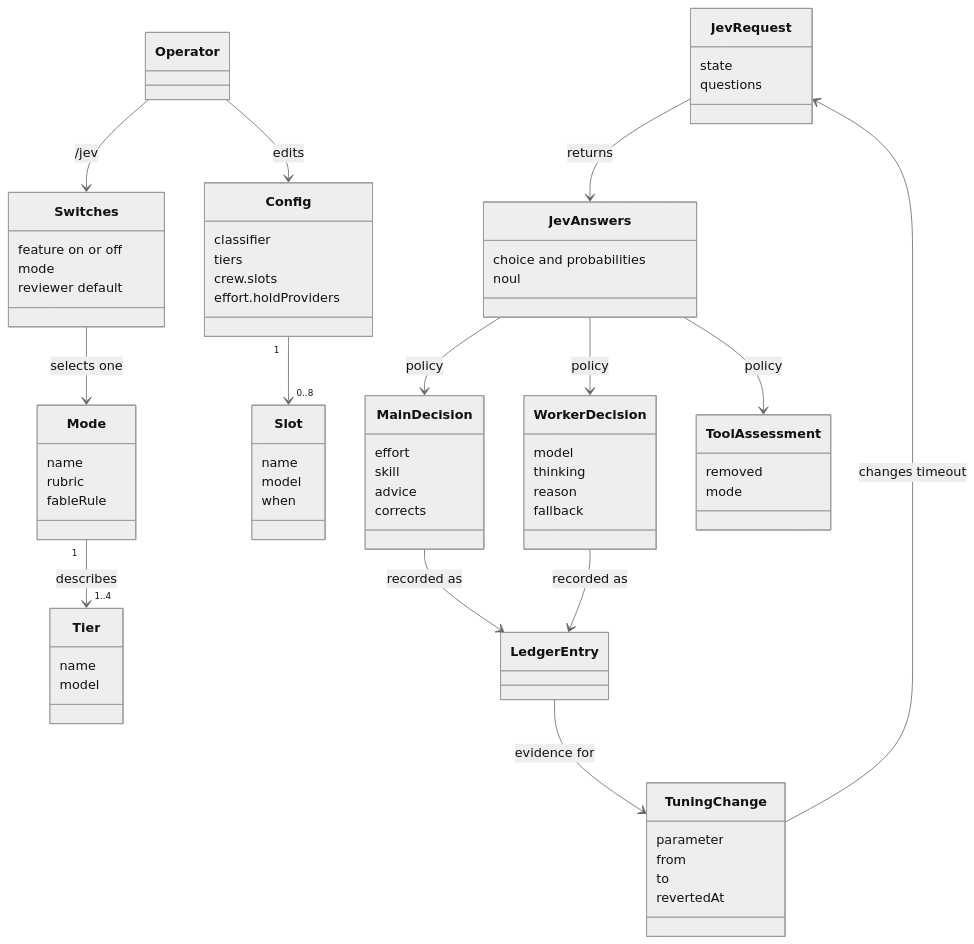
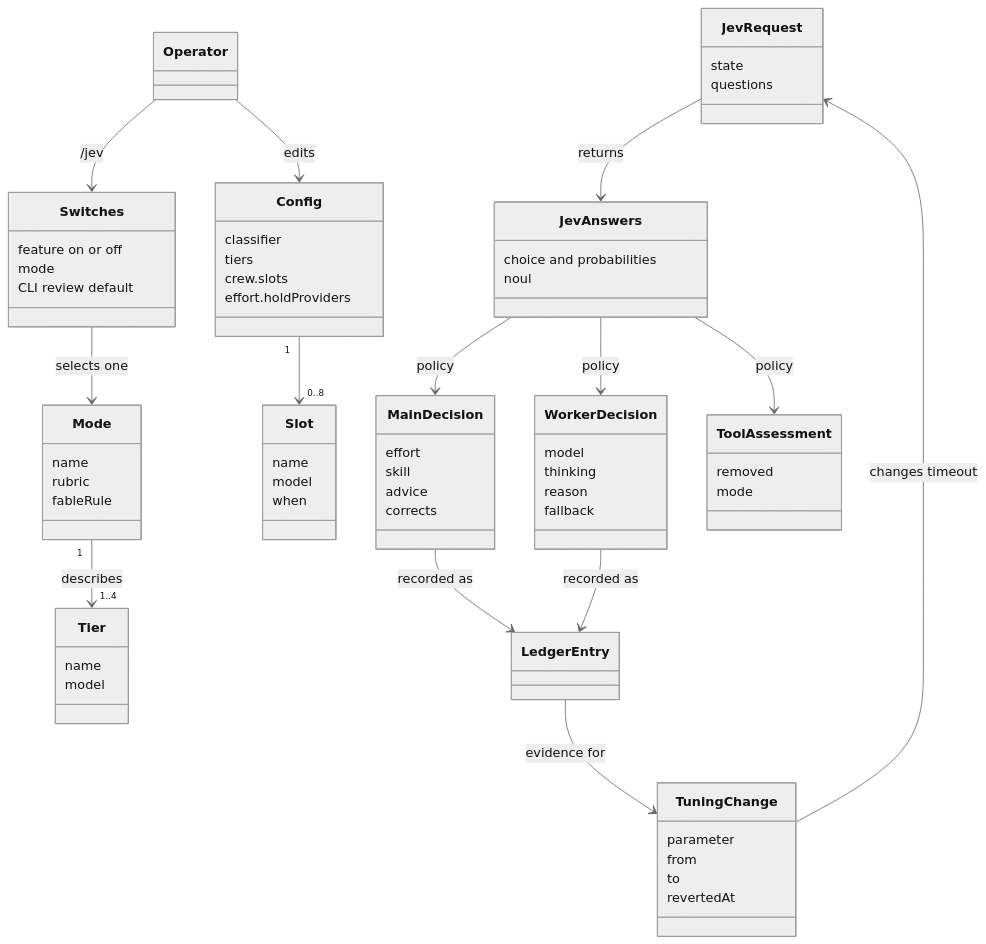
One commit to ttdua/pi-jev-pilot changed the first of 3 diagrams in docs/domain-model.md. Above: the diagram before and after it, drawn with Mermaid (neutral theme). The commit also changed 4 other files, not shown here.

````diff
--- a/docs/domain-model.md
+++ b/docs/domain-model.md
@@ -5,74 +5,74 @@
 ```mermaid
 classDiagram
     class Operator
     class Config {
       classifier
       tiers
       crew.slots
       effort.holdProviders
     }
     class Switches {
       feature on or off
       mode
-      reviewer default
+      CLI review default
     }
     class Mode {
       name
       rubric
       fableRule
     }
     class Tier {
       name
       model
     }
     class Slot {
       name
       model
       when
     }
     class JevRequest {
       state
       questions
     }
     class JevAnswers {
       choice and probabilities
       noul
     }
     class MainDecision {
       effort
       skill
       advice
       corrects
     }
     class WorkerDecision {
       model
       thinking
       reason
       fallback
     }
     class ToolAssessment {
       removed
       mode
     }
     class LedgerEntry
     class TuningChange {
       parameter
       from
       to
       revertedAt
     }
 
     Operator --> Config : edits
     Operator --> Switches : /jev
     Switches --> Mode : selects one
     Mode "1" --> "1..4" Tier : describes
     Config "1" --> "0..8" Slot
     JevRequest --> JevAnswers : returns
     JevAnswers --> MainDecision : policy
     JevAnswers --> WorkerDecision : policy
     JevAnswers --> ToolAssessment : policy
     MainDecision --> LedgerEntry : recorded as
     WorkerDecision --> LedgerEntry : recorded as
     LedgerEntry --> TuningChange : evidence for
     TuningChange --> JevRequest : changes timeout
 ```
````
